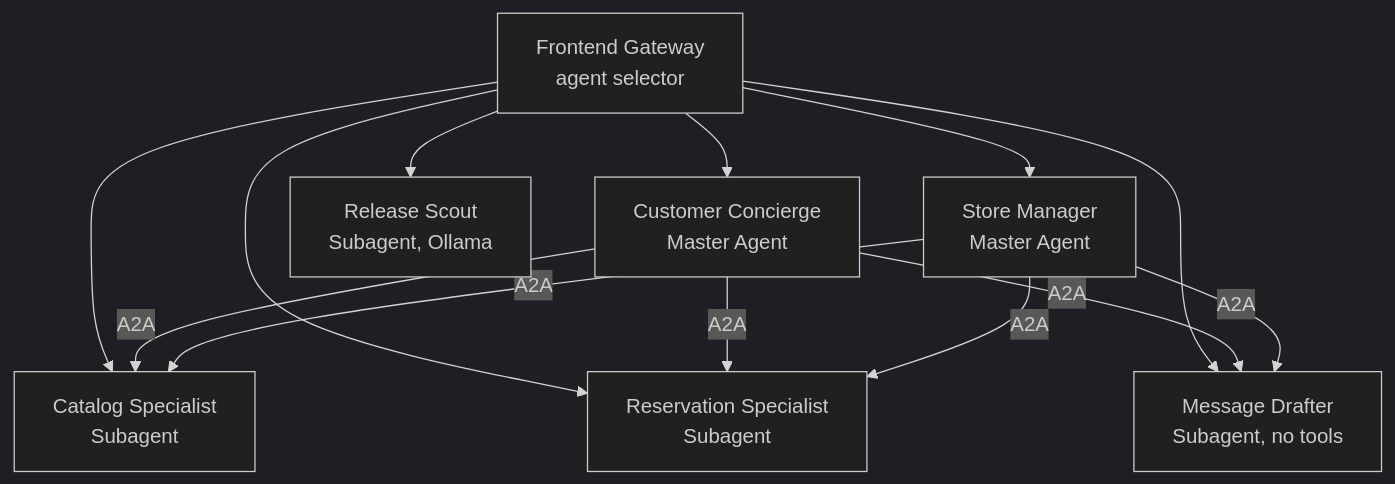
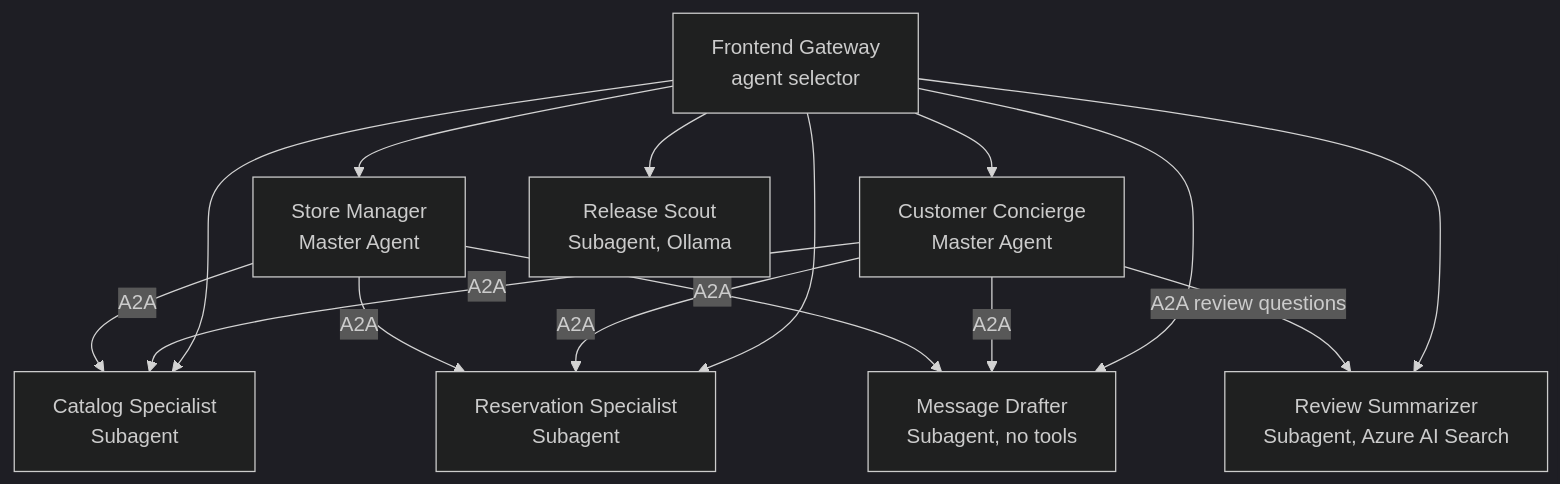
The first of 7 diagrams in docs/bookstore-agent-scenario.md (athanasios-u8/agentic-platform-k8s), drawn with Mermaid (dark theme) before and after one commit. The commit also changed other lines of this file and 32 other files, not shown here.

Commit message:
feat: add RAG on Azure AI search for book reviews

````diff
--- a/docs/bookstore-agent-scenario.md
+++ b/docs/bookstore-agent-scenario.md
@@ -145,26 +169,29 @@
 ```mermaid
 flowchart TD
   GW["Frontend Gateway\nagent selector"]
   CC["Customer Concierge\nMaster Agent"]
   SM["Store Manager\nMaster Agent"]
 
   CS["Catalog Specialist\nSubagent"]
   RS["Reservation Specialist\nSubagent"]
   MD["Message Drafter\nSubagent, no tools"]
   Scout["Release Scout\nSubagent, Ollama"]
+  Reviews["Review Summarizer\nSubagent, Azure AI Search"]
 
   GW --> CC
   GW --> SM
   GW --> CS
   GW --> RS
   GW --> MD
   GW --> Scout
+  GW --> Reviews
 
   CC -->|A2A| CS
   CC -->|A2A| RS
   CC -->|A2A| MD
+  CC -->|A2A review questions| Reviews
 
   SM -->|A2A| CS
   SM -->|A2A| RS
   SM -->|A2A| MD
 ```
````
